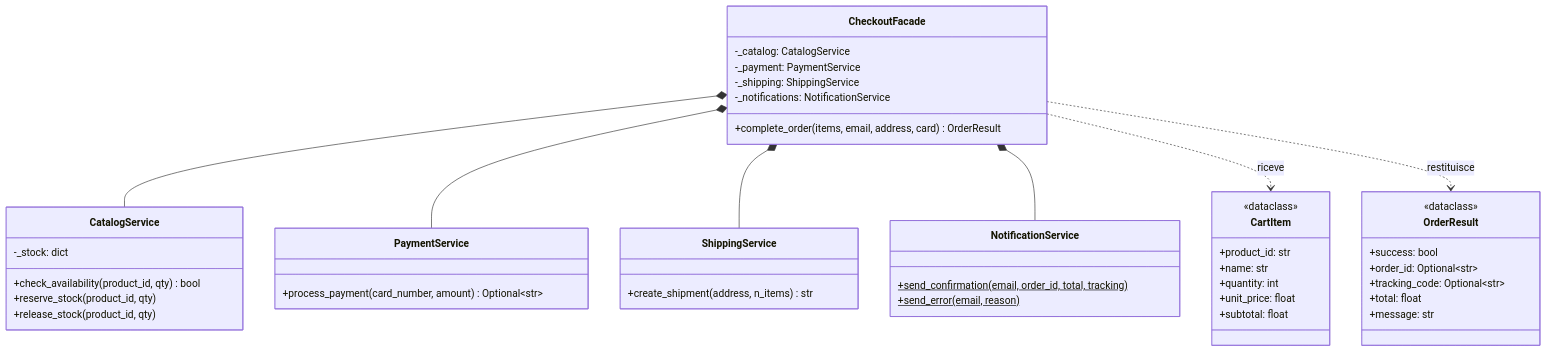
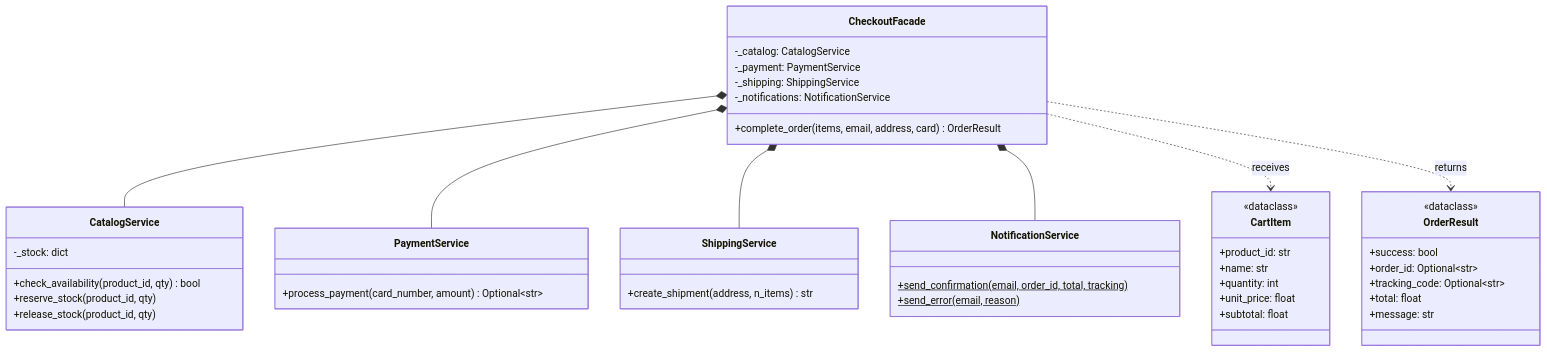
The second of 3 diagrams in 02_structural/facade/README.md (lucadileo9/design-pattern), drawn with Mermaid before and after one commit. The commit also changed other lines of this file and 43 other files, not shown here.

````diff
--- a/02_structural/facade/README.md
+++ b/02_structural/facade/README.md
@@ -76,56 +76,56 @@
 ```mermaid
 classDiagram
     class CheckoutFacade {
         -_catalog: CatalogService
         -_payment: PaymentService
         -_shipping: ShippingService
         -_notifications: NotificationService
         +complete_order(items, email, address, card) OrderResult
     }
 
     class CatalogService {
         -_stock: dict
         +check_availability(product_id, qty) bool
         +reserve_stock(product_id, qty)
         +release_stock(product_id, qty)
     }
 
     class PaymentService {
         +process_payment(card_number, amount) Optional~str~
     }
 
     class ShippingService {
         +create_shipment(address, n_items) str
     }
 
     class NotificationService {
         +send_confirmation(email, order_id, total, tracking)$
         +send_error(email, reason)$
     }
 
     class CartItem {
         <<dataclass>>
         +product_id: str
         +name: str
         +quantity: int
         +unit_price: float
         +subtotal: float
     }
 
     class OrderResult {
         <<dataclass>>
         +success: bool
         +order_id: Optional~str~
         +tracking_code: Optional~str~
         +total: float
         +message: str
     }
 
     CheckoutFacade *-- CatalogService
     CheckoutFacade *-- PaymentService
     CheckoutFacade *-- ShippingService
     CheckoutFacade *-- NotificationService
 
-    CheckoutFacade ..> CartItem : riceve
-    CheckoutFacade ..> OrderResult : restituisce
+    CheckoutFacade ..> CartItem : receives
+    CheckoutFacade ..> OrderResult : returns
 ```
````
